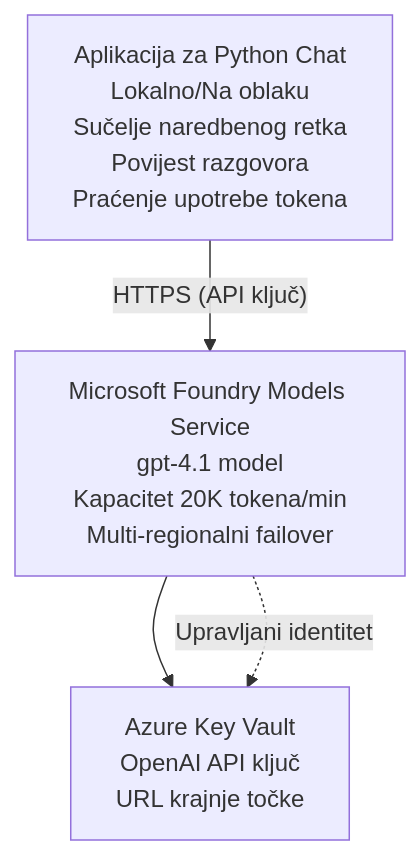
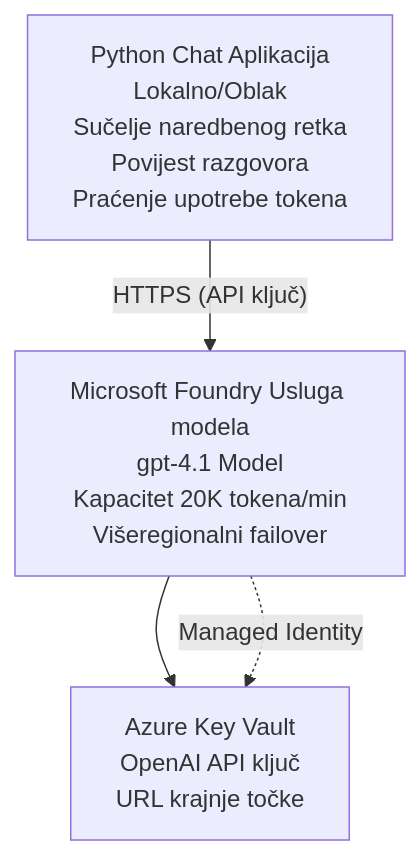
The diagram in translations/hr/examples/azure-openai-chat/README.md (microsoft/AZD-for-beginners), drawn with Mermaid before and after one commit. The commit also changed other lines of this file and 104 other files, not shown here.

````diff
--- a/translations/hr/examples/azure-openai-chat/README.md
+++ b/translations/hr/examples/azure-openai-chat/README.md
@@ -26,6 +26,6 @@
 ```mermaid
 graph TD
-    App[Aplikacija za Python Chat<br/>Lokalno/Na oblaku<br/>Sučelje naredbenog retka<br/>Povijest razgovora<br/>Praćenje upotrebe tokena] -- "HTTPS (API ključ)" --> Foundry[Microsoft Foundry Models Service<br/>gpt-4.1 model<br/>Kapacitet 20K tokena/min<br/>Multi-regionalni failover]
+    App[Python Chat Aplikacija<br/>Lokalno/Oblak<br/>Sučelje naredbenog retka<br/>Povijest razgovora<br/>Praćenje upotrebe tokena] -- "HTTPS (API ključ)" --> Foundry[Microsoft Foundry Usluga modela<br/>gpt-4.1 Model<br/>Kapacitet 20K tokena/min<br/>Višeregionalni failover]
     Foundry --> KV[Azure Key Vault<br/>OpenAI API ključ<br/>URL krajnje točke]
-    Foundry -. Upravljani identitet .-> KV
+    Foundry -. Managed Identity .-> KV
 ```
````
